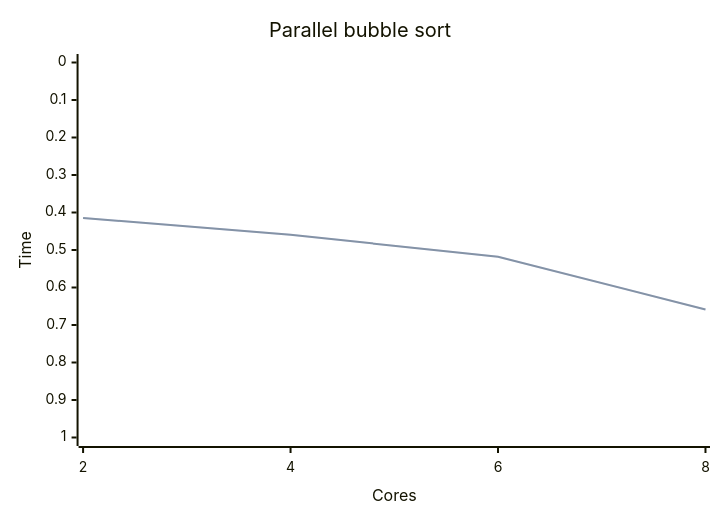
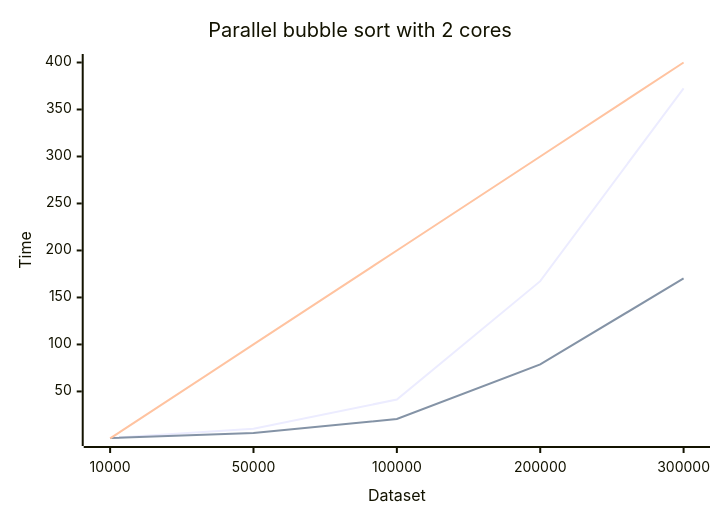
The second of 6 diagrams in lab3/README.md (deivgin/parallel-computing), drawn with Mermaid before and after one commit. The commit also changed other lines of this file and 7 other files, not shown here.

````diff
--- a/lab3/README.md
+++ b/lab3/README.md
@@ -47,8 +99,9 @@
 ```mermaid
 xychart-beta
-    title "Parallel bubble sort"
-    x-axis "Cores" [2, 4, 6, 8]
-    y-axis "Time" 1 --> 0
-    line [0.414565, 0.459515, 0.51781, 0.658508]
-    line [0.414565, 0.459515, 0.51781, 0.658508]
+    title "Parallel bubble sort with 2 cores"
+    x-axis "Dataset" ["10000", "50000", "100000", "200000", "300000"]
+    y-axis "Time" 1 --> 400
+    line "Sequential" [0.420052, 10.429007, 41.319766, 167.328850, 372.563921]
+    line "Parallel" [0.412430, 5.825340, 20.679956, 78.722583, 170.288452]
+    line "Reference Line" [0, 100, 200, 300, 400]
 ```
````
